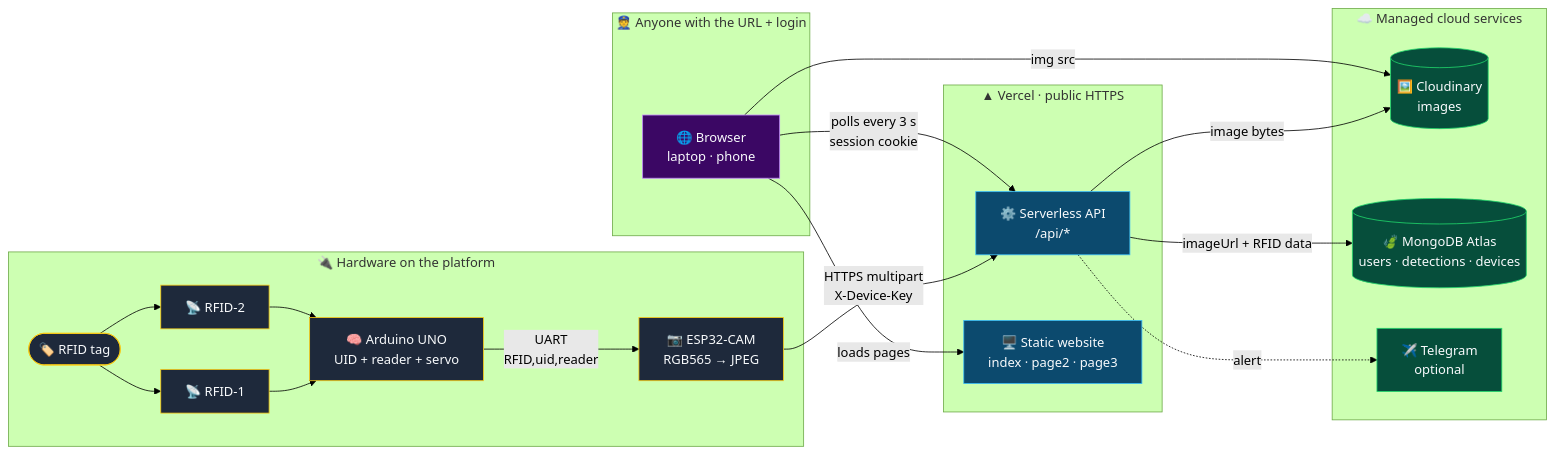
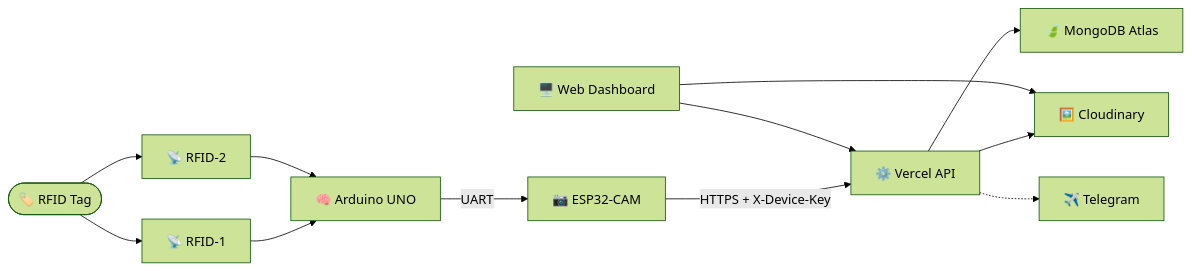
One commit to kanishkatiwari394/esp32cameramodule changed the diagram in README.md. Above: the diagram before and after it, drawn with Mermaid (forest theme). The commit also changed other lines of this file, not shown here.

````diff
--- a/README.md
+++ b/README.md
@@ -138,35 +157,21 @@
 ```mermaid
 flowchart LR
-  subgraph HW["🔌 Hardware on the platform"]
-    TAG(["🏷️ RFID tag"]) --> R1["📡 RFID-1"] & R2["📡 RFID-2"]
-    R1 & R2 --> UNO["🧠 Arduino UNO<br/>UID + reader + servo"]
-    UNO -- "UART<br/>RFID,uid,reader" --> CAM["📷 ESP32-CAM<br/>RGB565 → JPEG"]
-  end
-  subgraph VER["▲ Vercel · public HTTPS"]
-    API["⚙️ Serverless API<br/>/api/*"]
-    WEB["🖥️ Static website<br/>index · page2 · page3"]
-  end
-  subgraph CLOUD["☁️ Managed cloud services"]
-    CDN[("🖼️ Cloudinary<br/>images")]
-    DB[("🍃 MongoDB Atlas<br/>users · detections · devices")]
-    TG["✈️ Telegram<br/>optional"]
-  end
-  subgraph USERS["👮 Anyone with the URL + login"]
-    BROWSER["🌐 Browser<br/>laptop · phone"]
-  end
-  CAM -- "HTTPS multipart<br/>X-Device-Key" --> API
-  API -- "image bytes" --> CDN
-  API -- "imageUrl + RFID data" --> DB
-  API -. "alert" .-> TG
-  BROWSER -- "loads pages" --> WEB
-  BROWSER -- "polls every 3 s<br/>session cookie" --> API
-  BROWSER -- "img src" --> CDN
-  classDef hw fill:#1e293b,stroke:#facc15,color:#f8fafc
-  classDef api fill:#0c4a6e,stroke:#38bdf8,color:#f8fafc
-  classDef store fill:#064e3b,stroke:#21d66b,color:#f8fafc
-  classDef user fill:#3b0764,stroke:#c084fc,color:#f8fafc
-  class TAG,R1,R2,UNO,CAM hw
-  class API,WEB api
-  class CDN,DB,TG store
-  class BROWSER user
+
+  TAG(["🏷️ RFID Tag"]) --> R1["📡 RFID-1"]
+  TAG --> R2["📡 RFID-2"]
+
+  R1 --> UNO["🧠 Arduino UNO"]
+  R2 --> UNO
+
+  UNO -->|"UART"| CAM["📷 ESP32-CAM"]
+
+  CAM -->|"HTTPS + X-Device-Key"| API["⚙️ Vercel API"]
+
+  API --> CDN["🖼️ Cloudinary"]
+  API --> DB["🍃 MongoDB Atlas"]
+
+  API -.-> TG["✈️ Telegram"]
+
+  WEB["🖥️ Web Dashboard"] --> API
+  WEB --> CDN
 ```
````
